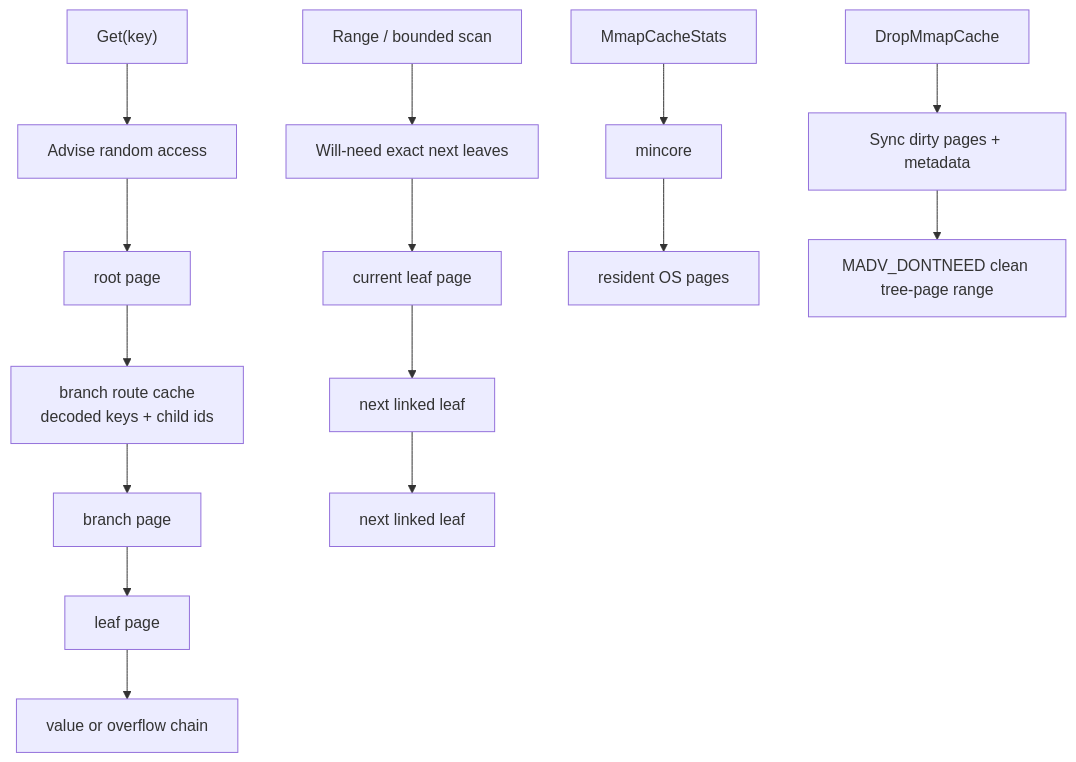
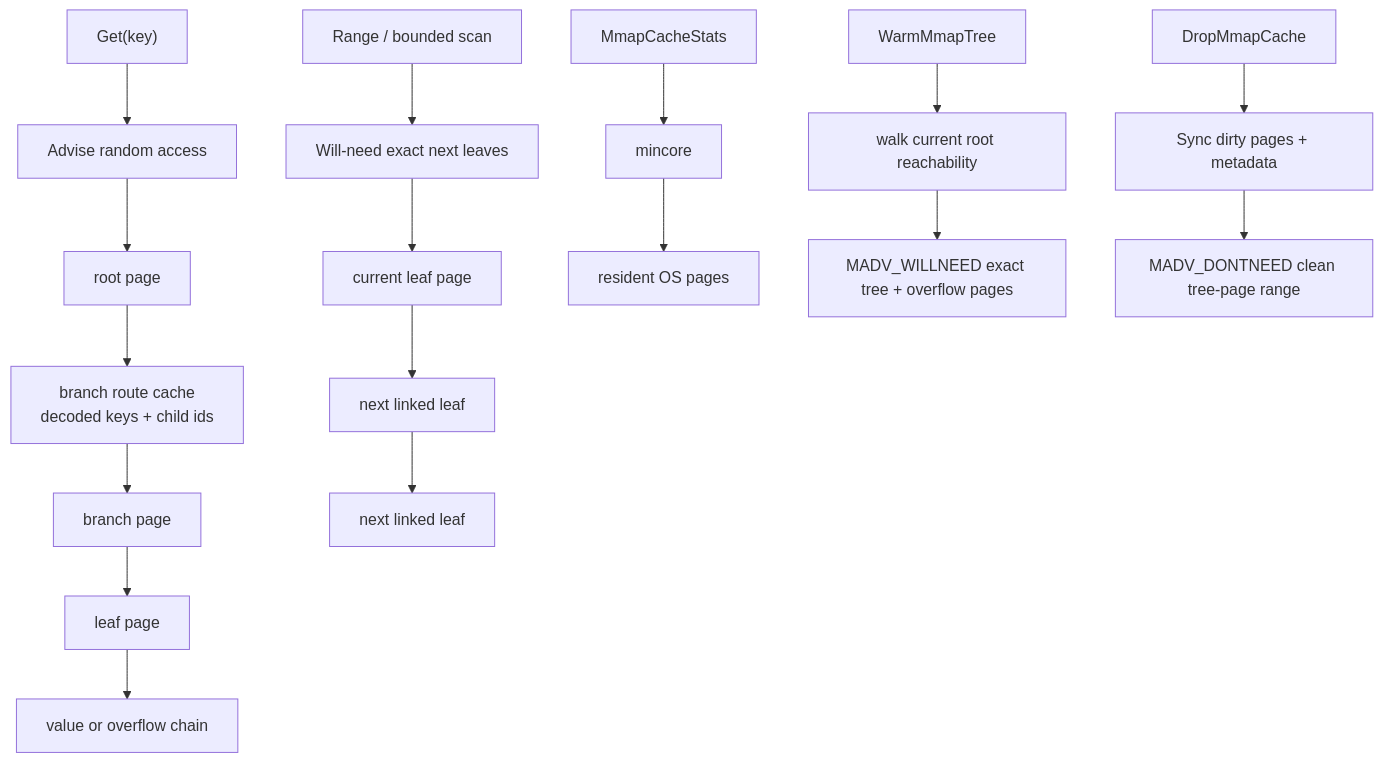
The third of 4 diagrams in docs/08-mmap-backed-pages.md (hadamrd/cow-btree-course), drawn with Mermaid before and after one commit. The commit also changed other lines of this file and 7 other files, not shown here.

Commit message:
feat: warm exact mmap tree pages

````diff
--- a/docs/08-mmap-backed-pages.md
+++ b/docs/08-mmap-backed-pages.md
@@ -125,20 +130,23 @@
 ```mermaid
 flowchart TD
     G["Get(key)"] --> A["Advise random access"]
     A --> R["root page"]
     R --> D["branch route cache<br/>decoded keys + child ids"]
     D --> B["branch page"]
     B --> L["leaf page"]
     L --> V["value or overflow chain"]
 
     S["Range / bounded scan"] --> Q["Will-need exact next leaves"]
     Q --> P1["current leaf page"]
     P1 --> P2["next linked leaf"]
     P2 --> P3["next linked leaf"]
 
     C["MmapCacheStats"] --> M["mincore"]
     M --> K["resident OS pages"]
 
+    W["WarmMmapTree"] --> E["walk current root reachability"]
+    E --> N["MADV_WILLNEED exact tree + overflow pages"]
+
     X["DropMmapCache"] --> Y["Sync dirty pages + metadata"]
     Y --> Z["MADV_DONTNEED clean tree-page range"]
 ```
````
